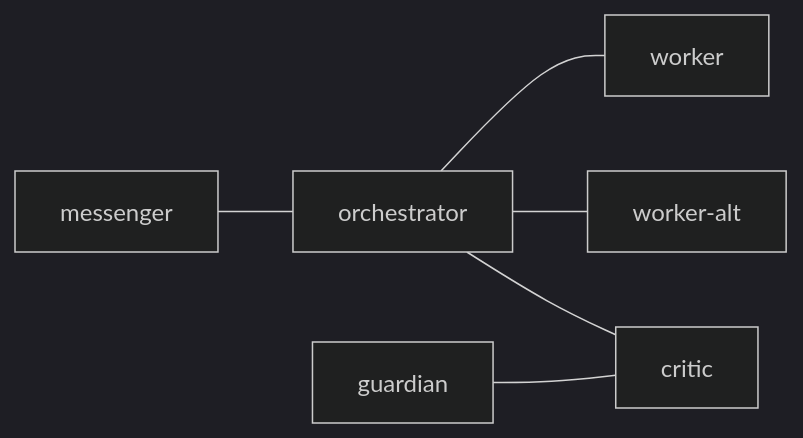
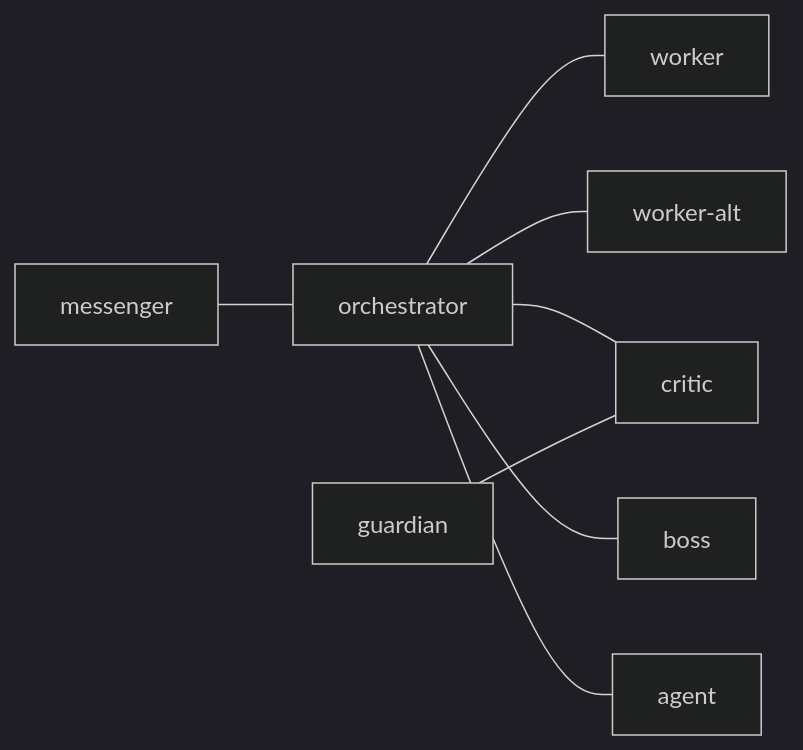
One commit to i9wa4/tmux-a2a-postman changed the second of 2 diagrams in README.md. Above: the diagram before and after it, drawn with Mermaid (dark theme). The commit also changed other lines of this file and 33 other files, not shown here.

````diff
--- a/README.md
+++ b/README.md
@@ -89,8 +91,10 @@
 ```mermaid
 graph LR
     messenger --- orchestrator
     orchestrator --- worker
     orchestrator --- worker-alt
     orchestrator --- critic
+    orchestrator --- boss
     guardian --- critic
+    orchestrator --- agent
 ```
````
